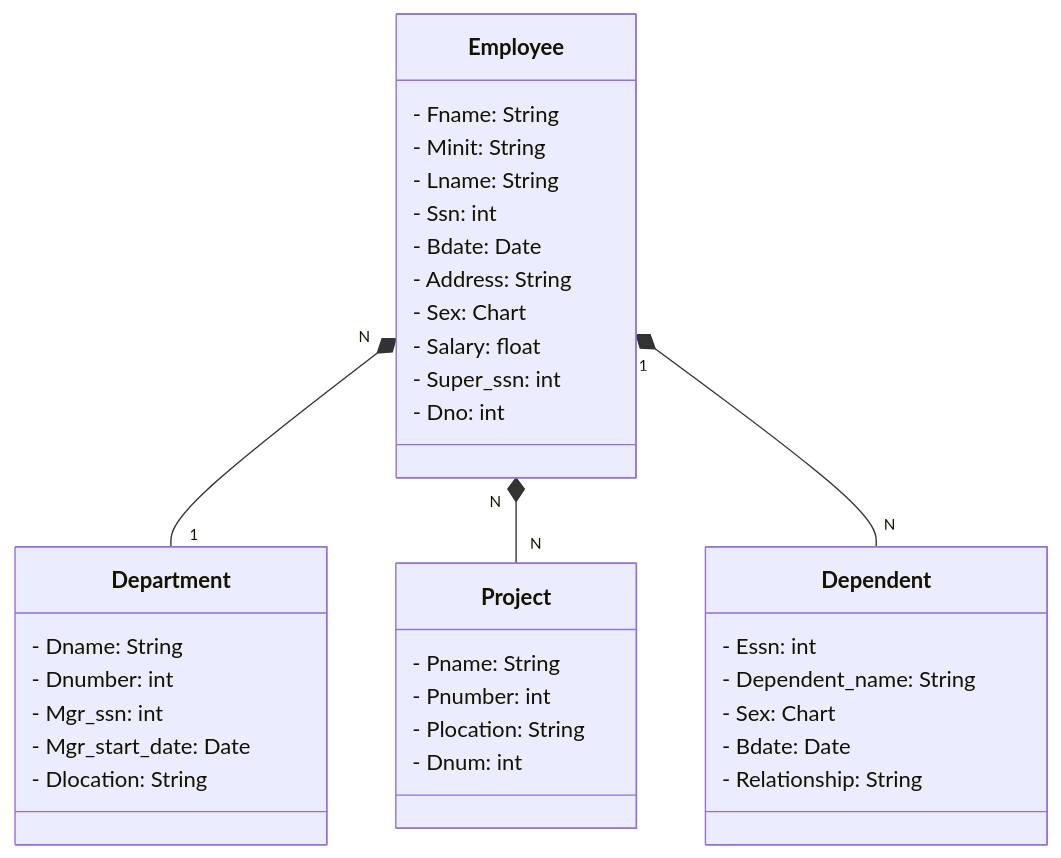
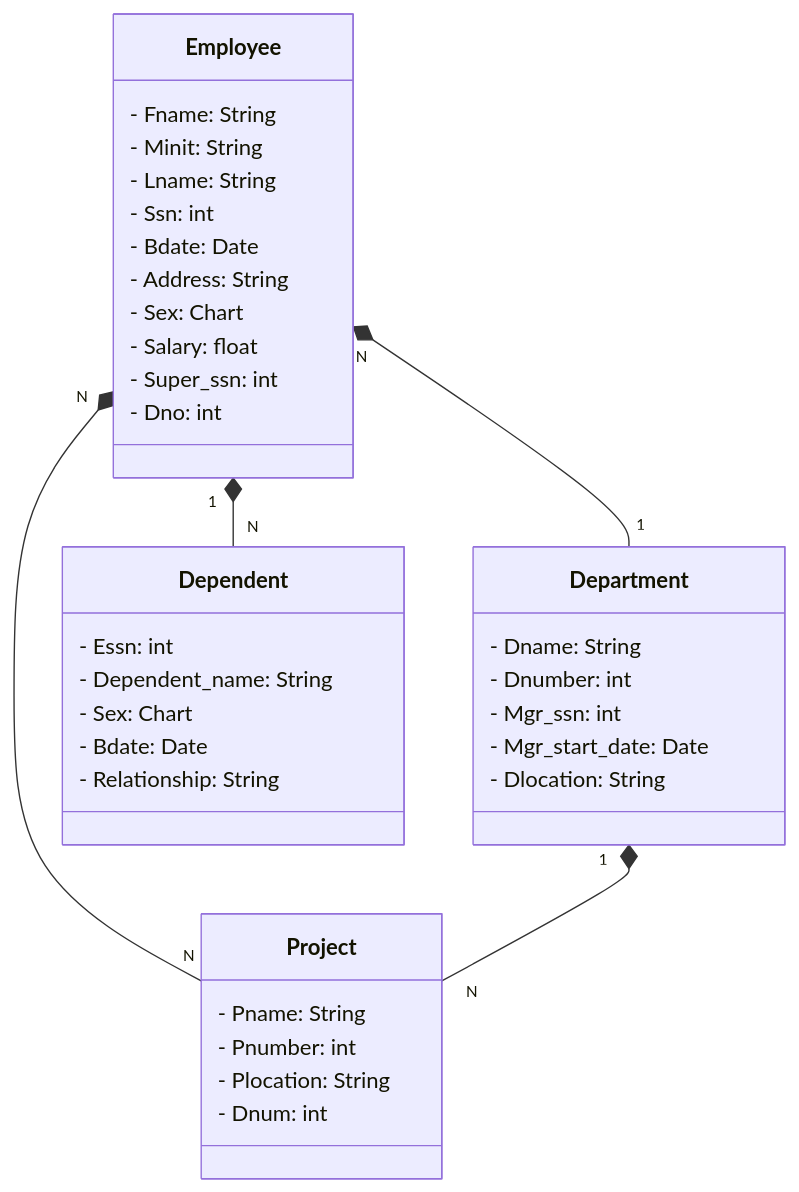
One commit to AlexandraParra/Company-index-procedures changed the diagram in README.md. Above: the diagram before and after it, drawn with Mermaid.

Commit message:
Alteração do diagrama de classe(add relation department - project)

````diff
--- a/README.md
+++ b/README.md
@@ -5,43 +5,44 @@
 ```mermaid
 classDiagram
     class Employee {
         - Fname: String
         - Minit: String
         - Lname: String
         - Ssn: int
         - Bdate: Date
         - Address: String
         - Sex: Chart
         - Salary: float
         - Super_ssn: int
         - Dno: int
     }
 
     class Department {
         - Dname: String
         - Dnumber: int
         - Mgr_ssn: int
         - Mgr_start_date: Date
         - Dlocation: String
     }
 
     class Dependent {
         - Essn: int
         - Dependent_name: String
         - Sex: Chart
         - Bdate: Date
         - Relationship: String
     }
 
     class Project {
         - Pname: String
         - Pnumber: int
         - Plocation: String
         - Dnum: int
     }
 
     Employee "N" *-- "1" Department
     Employee "N" *-- "N" Project
     Employee "1" *-- "N" Dependent
+    Department "1" *-- "N" Project
 
 ```
````
